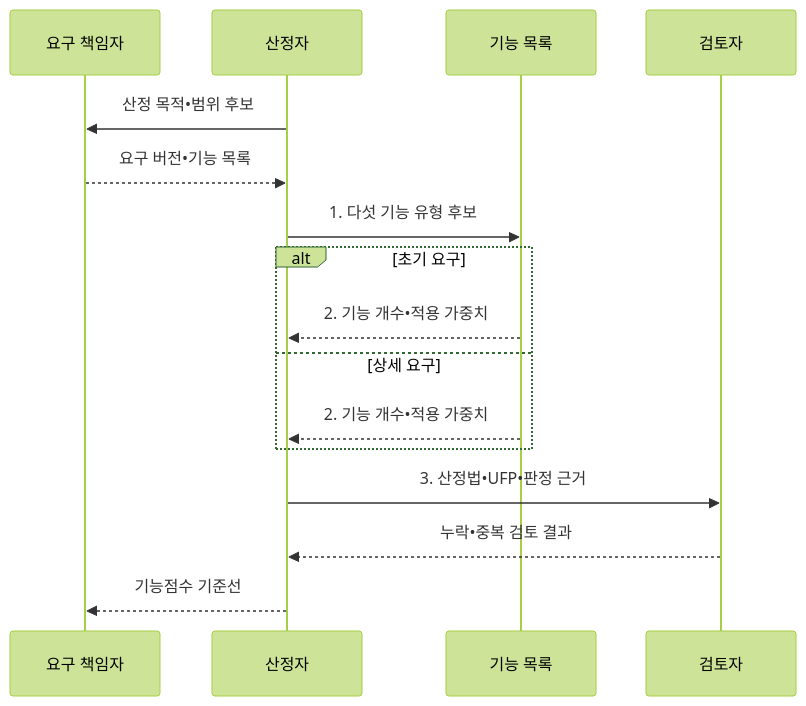
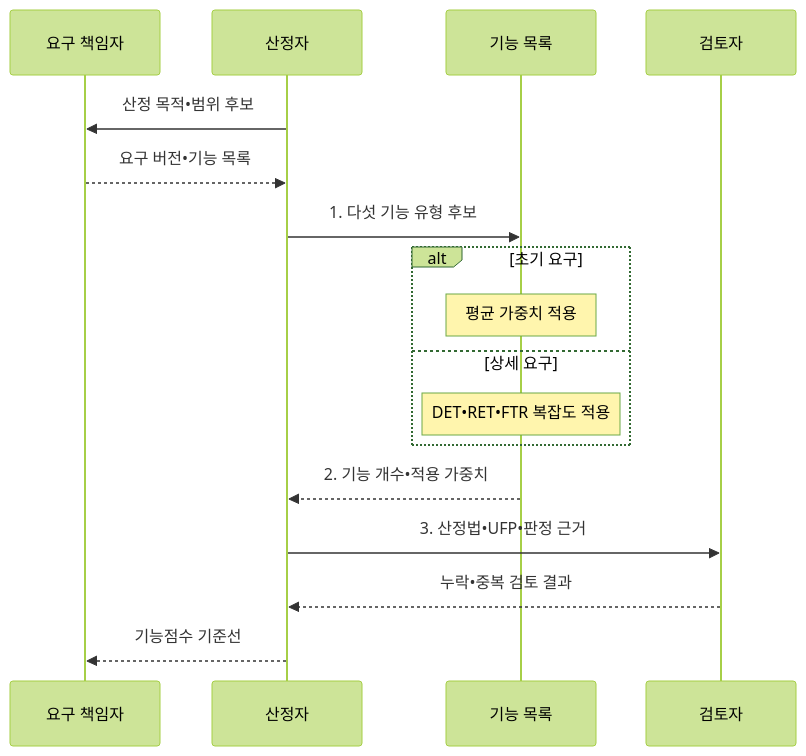
One commit to agnusdei1207/knowledge-base changed the second of 2 diagrams in src/content/docs/notes/03-software/074_fp_estimation_method.md. Above: the diagram before and after it, drawn with Mermaid (forest theme). The commit also changed other lines of this file and 8 other files, not shown here.

````diff
--- a/src/content/docs/notes/03-software/074_fp_estimation_method.md
+++ b/src/content/docs/notes/03-software/074_fp_estimation_method.md
@@ -111,18 +111,19 @@
 ```mermaid
 sequenceDiagram
     participant U as 요구 책임자
     participant O as 산정자
     participant F as 기능 목록
     participant R as 검토자
     O->>U: 산정 목적•범위 후보
     U-->>O: 요구 버전•기능 목록
     O->>F: 1. 다섯 기능 유형 후보
     alt 초기 요구
-        F-->>O: 2. 기능 개수•적용 가중치
+        Note over F: 평균 가중치 적용
     else 상세 요구
-        F-->>O: 2. 기능 개수•적용 가중치
+        Note over F: DET•RET•FTR 복잡도 적용
     end
+    F-->>O: 2. 기능 개수•적용 가중치
     O->>R: 3. 산정법•UFP•판정 근거
     R-->>O: 누락•중복 검토 결과
     O-->>U: 기능점수 기준선
 ```
````
